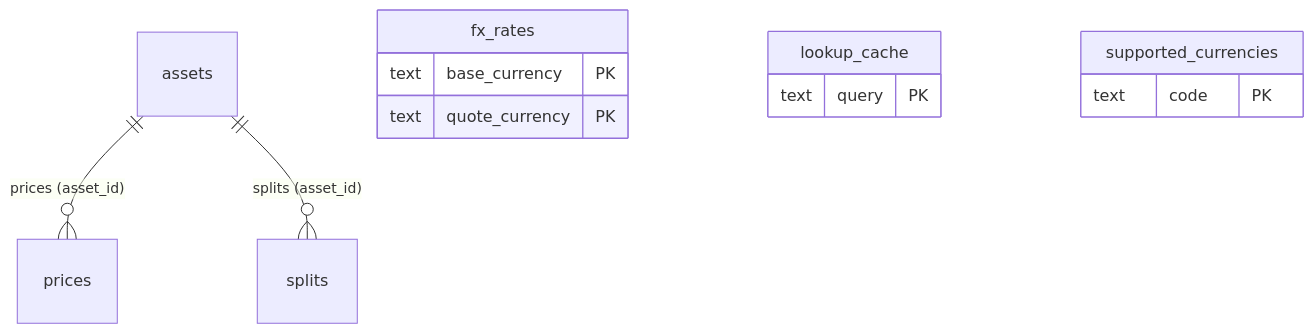
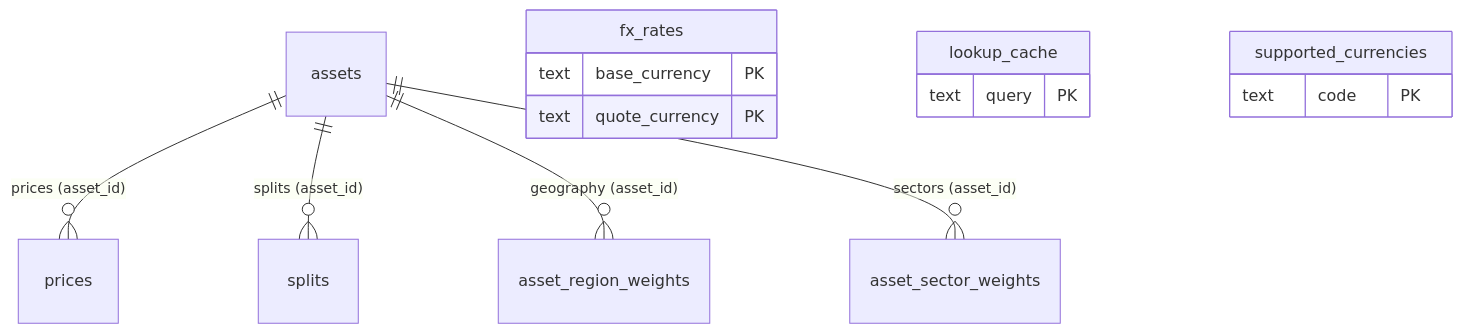
One commit to alv67/vault-lab changed the second of 2 diagrams in docs/DATABASE-GUIDE.en.md. Above: the diagram before and after it, drawn with Mermaid. The commit also changed other lines of this file and 6 other files, not shown here.

````diff
--- a/docs/DATABASE-GUIDE.en.md
+++ b/docs/DATABASE-GUIDE.en.md
@@ -98,16 +99,18 @@
 ```mermaid
 erDiagram
     assets ||--o{ prices : "prices (asset_id)"
     assets ||--o{ splits : "splits (asset_id)"
+    assets ||--o{ asset_region_weights : "geography (asset_id)"
+    assets ||--o{ asset_sector_weights : "sectors (asset_id)"
 
     fx_rates {
         text base_currency PK
         text quote_currency PK
     }
     lookup_cache {
         text query PK
     }
     supported_currencies {
         text code PK
     }
 ```
````
